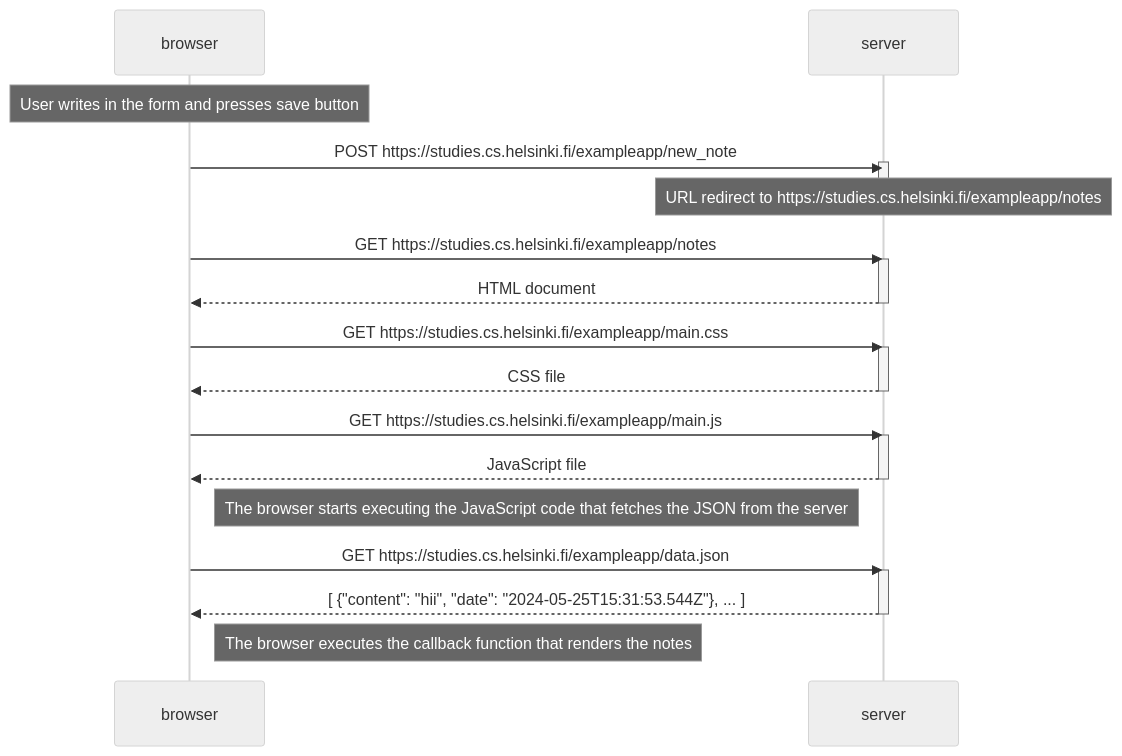
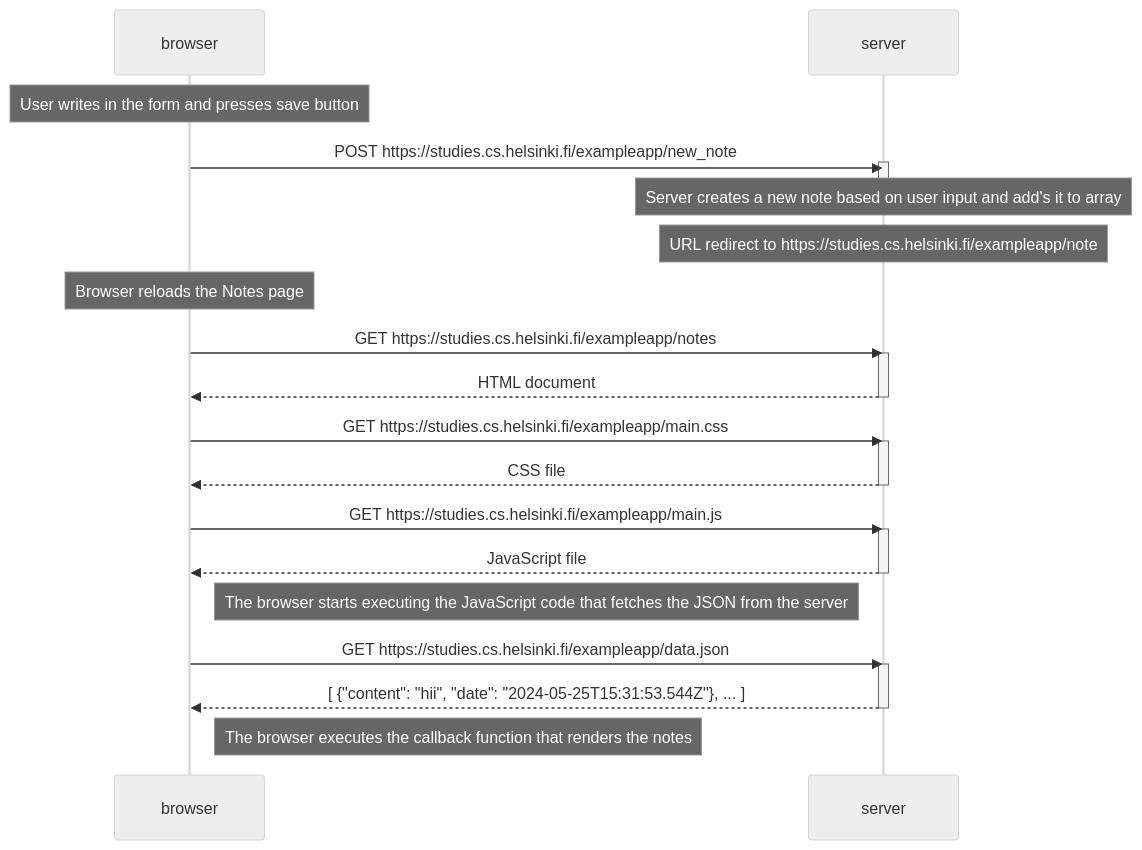
The diagram in part0/new-note-diagram.md (chrale/full-stack-open), drawn with Mermaid (neutral theme) before and after one commit. The commit also changed 2 other files, not shown here.

Commit message:
exercises

````diff
--- a/part0/new-note-diagram.md
+++ b/part0/new-note-diagram.md
@@ -1,36 +1,38 @@
 ```mermaid
 sequenceDiagram
     participant browser
     participant server
     
     note over browser: User writes in the form and presses save button
 
     browser->>server: POST https://studies.cs.helsinki.fi/exampleapp/new_note
     activate server
     deactivate server
-    note over server: URL redirect to https://studies.cs.helsinki.fi/exampleapp/notes
+    note over server: Server creates a new note based on user input and add's it to array 
+    note over server: URL redirect to https://studies.cs.helsinki.fi/exampleapp/note
 
+    note over browser: Browser reloads the Notes page
     browser->>server: GET https://studies.cs.helsinki.fi/exampleapp/notes
     activate server
     server-->>browser: HTML document
     deactivate server
 
     browser->>server: GET https://studies.cs.helsinki.fi/exampleapp/main.css
     activate server
     server-->>browser: CSS file
     deactivate server
 
     browser->>server: GET https://studies.cs.helsinki.fi/exampleapp/main.js
     activate server
     server-->>browser: JavaScript file
     deactivate server
 
     Note right of browser: The browser starts executing the JavaScript code that fetches the JSON from the server
 
     browser->>server: GET https://studies.cs.helsinki.fi/exampleapp/data.json
     activate server
     server-->>browser: [    {"content": "hii", "date": "2024-05-25T15:31:53.544Z"}, ... ]
     deactivate server
 
      Note right of browser: The browser executes the callback function that renders the notes
 ```
````
